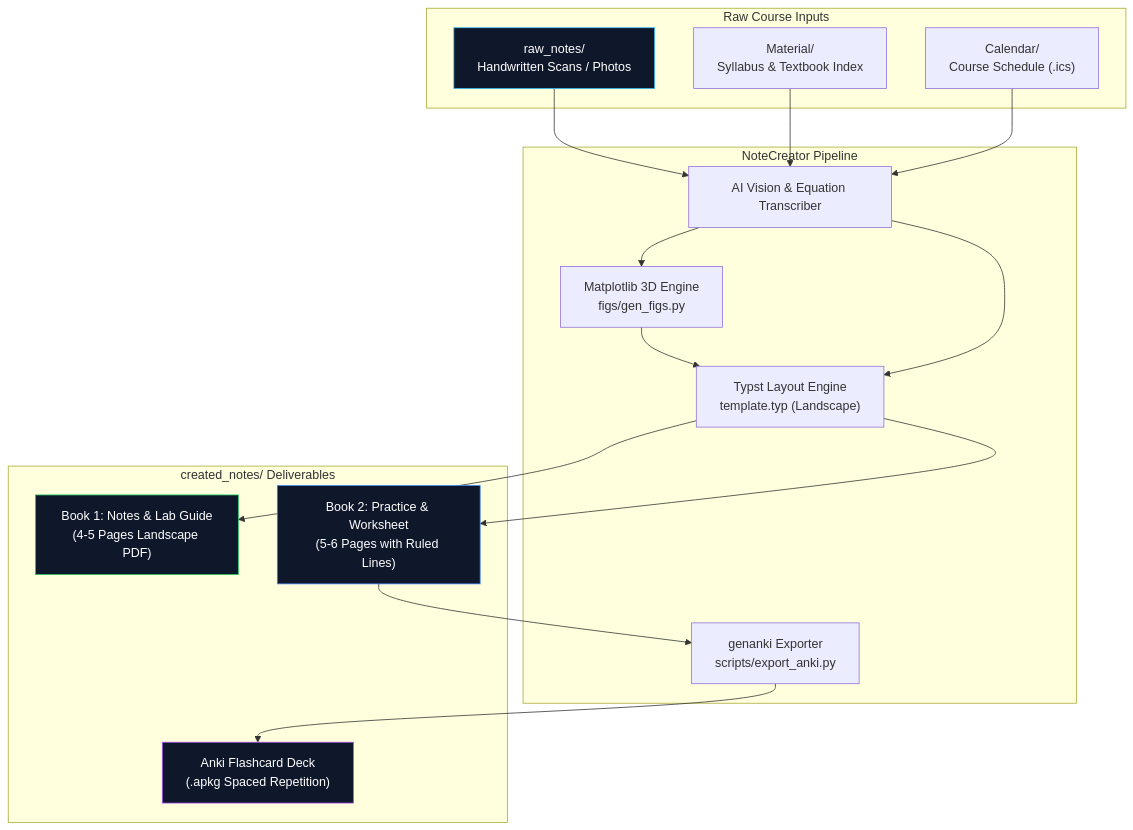
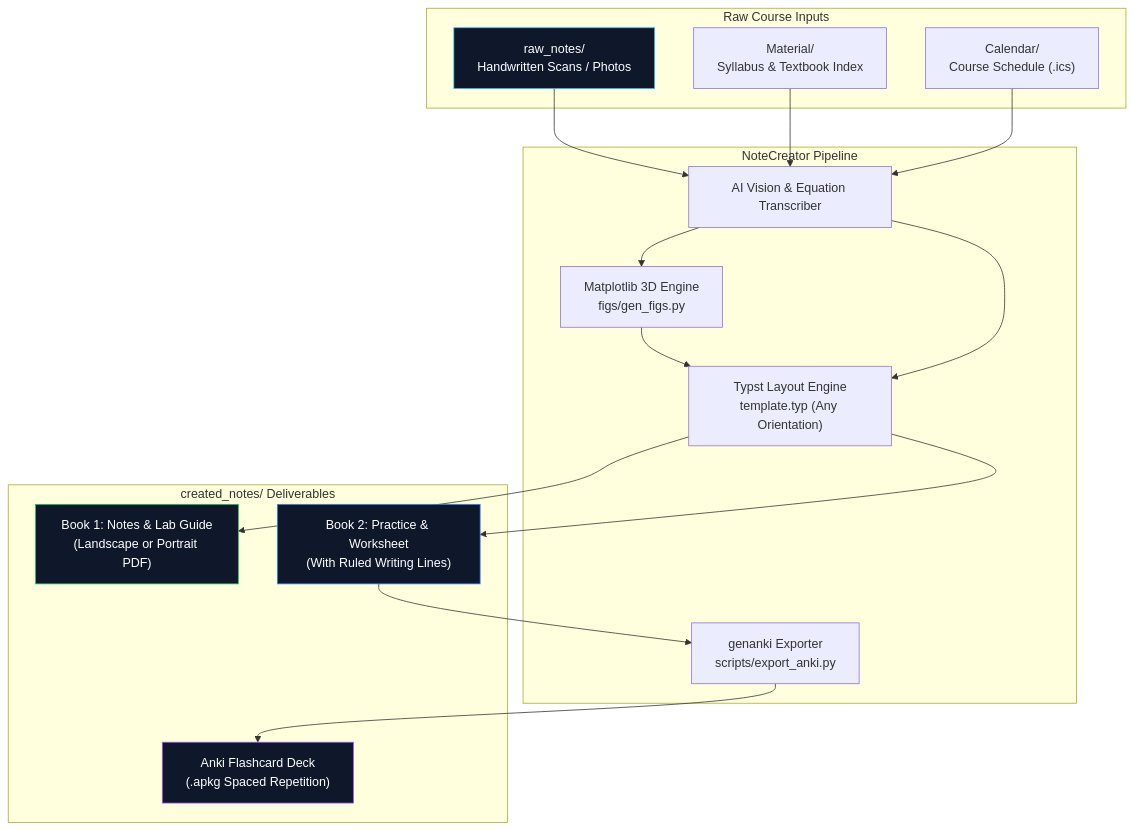
The diagram in README.md (ZenzerJs/Note-Creator), drawn with Mermaid before and after one commit. The commit also changed other lines of this file and 1 other file, not shown here.

Commit message:
docs: generalize positioning for any device, orientation, and note-taking app

````diff
--- a/README.md
+++ b/README.md
@@ -85,37 +88,37 @@
 ```mermaid
 flowchart TD
     subgraph Inputs["Raw Course Inputs"]
         A["raw_notes/<br/>Handwritten Scans / Photos"]
         B["Material/<br/>Syllabus & Textbook Index"]
         C["Calendar/<br/>Course Schedule (.ics)"]
     end
 
     subgraph Engine["NoteCreator Pipeline"]
         D["AI Vision & Equation Transcriber"]
         E["Matplotlib 3D Engine<br/>figs/gen_figs.py"]
-        F["Typst Layout Engine<br/>template.typ (Landscape)"]
+        F["Typst Layout Engine<br/>template.typ (Any Orientation)"]
         G["genanki Exporter<br/>scripts/export_anki.py"]
     end
 
     subgraph Outputs["created_notes/ Deliverables"]
-        H["Book 1: Notes & Lab Guide<br/>(4-5 Pages Landscape PDF)"]
-        I["Book 2: Practice & Worksheet<br/>(5-6 Pages with Ruled Lines)"]
+        H["Book 1: Notes & Lab Guide<br/>(Landscape or Portrait PDF)"]
+        I["Book 2: Practice & Worksheet<br/>(With Ruled Writing Lines)"]
         J["Anki Flashcard Deck<br/>(.apkg Spaced Repetition)"]
     end
 
     A --> D
     B --> D
     C --> D
     D --> E
     E --> F
     D --> F
     F --> H
     F --> I
     I --> G
     G --> J
 
     style A fill:#0f172a,stroke:#38bdf8,color:#fff
     style H fill:#0f172a,stroke:#22c55e,color:#fff
     style I fill:#0f172a,stroke:#3b82f6,color:#fff
     style J fill:#0f172a,stroke:#a855f7,color:#fff
 ```
````
